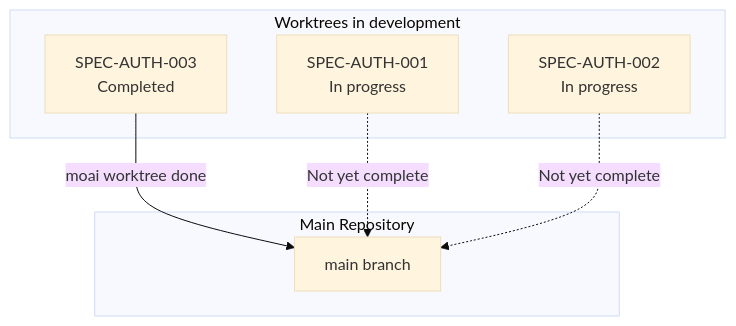
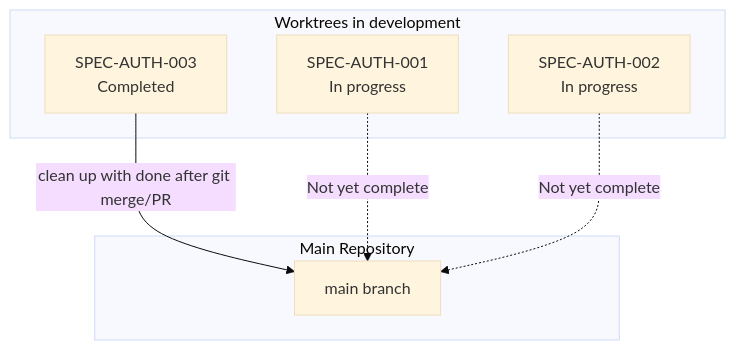
Before and after one commit to modu-ai/moai-adk: the fifth of 6 diagrams in docs-site/content/en/worktree/_index.md, drawn with Mermaid (base theme). The commit also changed other lines of this file and 42 other files, not shown here.

````diff
--- a/docs-site/content/en/worktree/_index.md
+++ b/docs-site/content/en/worktree/_index.md
@@ -238,16 +238,16 @@
 ```mermaid
 flowchart TB
     subgraph Development["Worktrees in development"]
         D1[SPEC-AUTH-001<br/>In progress]
         D2[SPEC-AUTH-002<br/>In progress]
         D3[SPEC-AUTH-003<br/>Completed]
     end
 
     subgraph Main["Main Repository"]
         M[main branch]
     end
 
-    D3 -->|moai worktree done| M
+    D3 -->|clean up with done after git merge/PR| M
     D1 -.->|Not yet complete| M
     D2 -.->|Not yet complete| M
 ```
````
